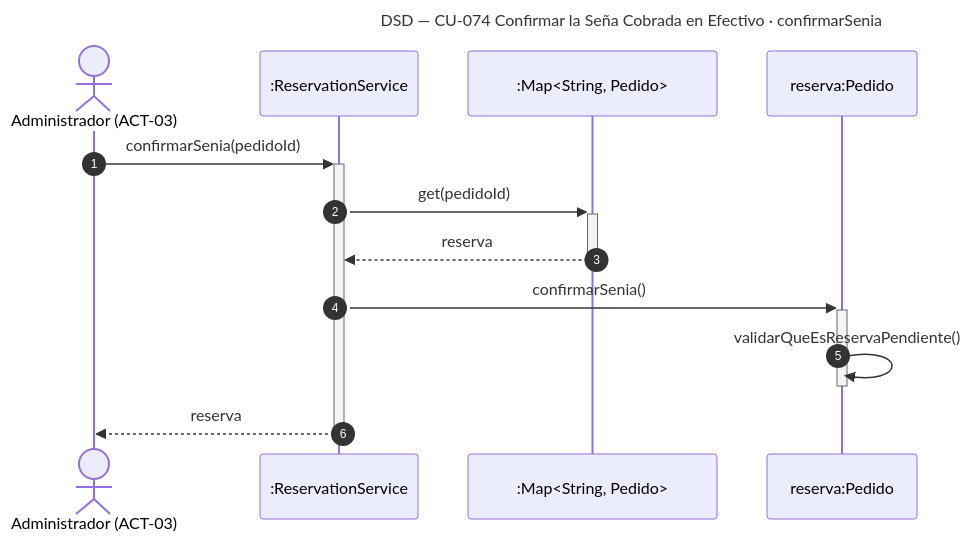
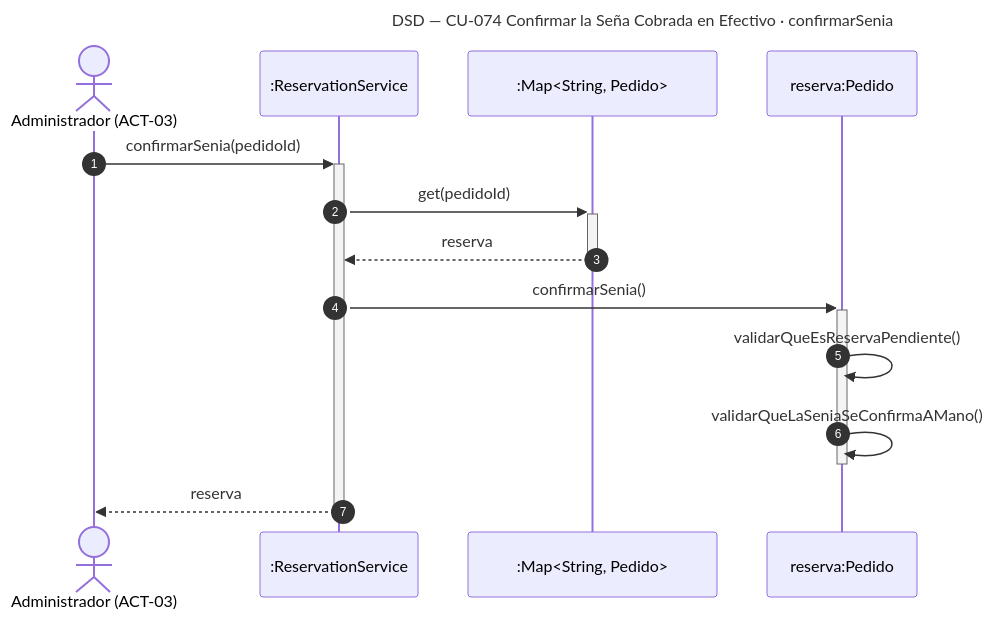
The diagram in diagramas/DSD_CU-074_confirmarSenia.mmd (Nahuelito-Dev/splg-docs), drawn with Mermaid before and after one commit. The commit also changed 42 other files, not shown here.

```diff
--- a/diagramas/DSD_CU-074_confirmarSenia.mmd
+++ b/diagramas/DSD_CU-074_confirmarSenia.mmd
@@ -1,15 +1,16 @@
 sequenceDiagram
     title DSD — CU-074 Confirmar la Seña Cobrada en Efectivo · confirmarSenia
     autonumber
     actor ADM as Administrador (ACT-03)
     participant SRV as :ReservationService
     participant COL as :Map#lt;String, Pedido#gt;
     participant PED as reserva:Pedido
 
     ADM->>+SRV: confirmarSenia(pedidoId)
     SRV->>+COL: get(pedidoId)
     COL-->>-SRV: reserva
     SRV->>+PED: confirmarSenia()
     PED->>PED: validarQueEsReservaPendiente()
+    PED->>PED: validarQueLaSeniaSeConfirmaAMano()
     deactivate PED
     SRV-->>-ADM: reserva
```
